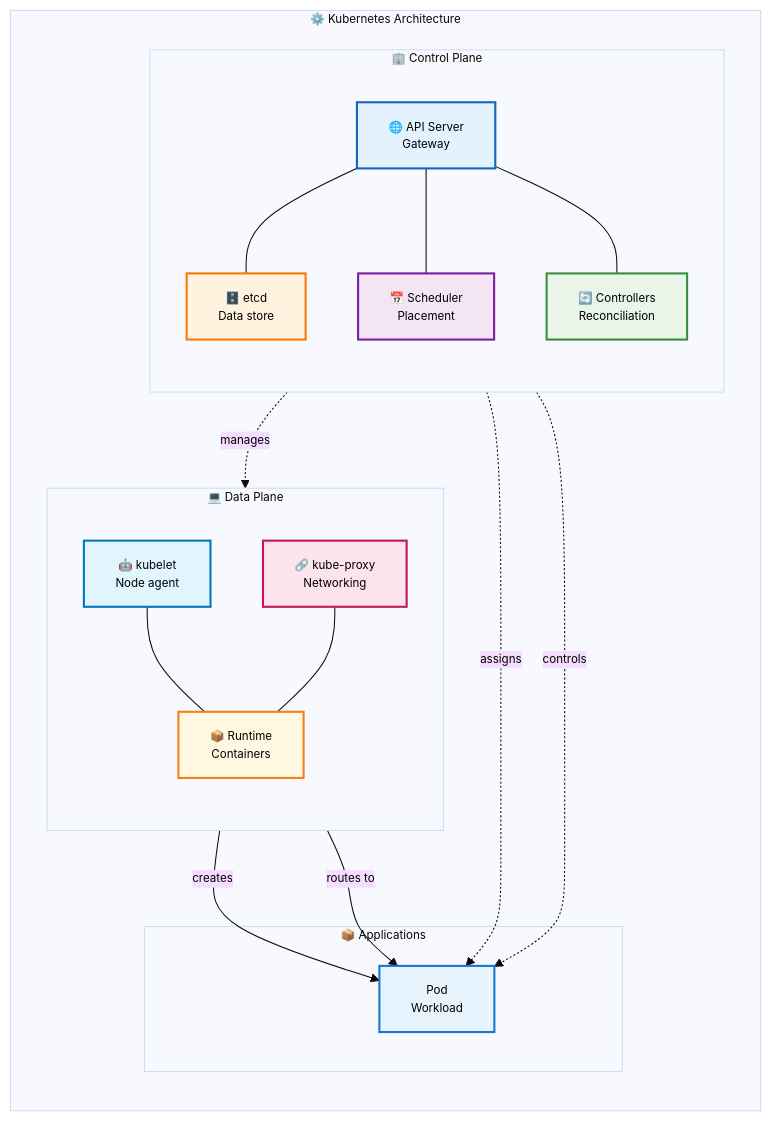
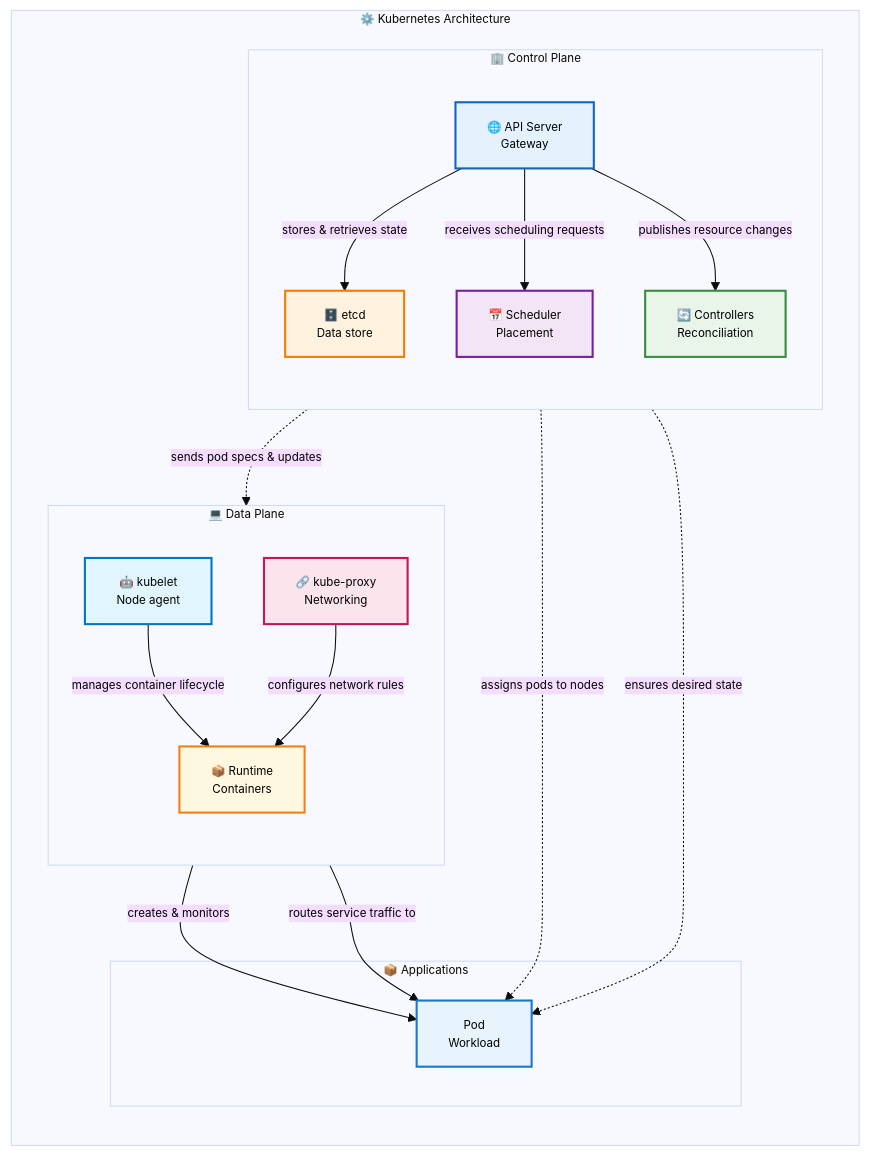
One commit to razkevich/system_design_course changed the diagram in 1.4_distributed_systems/kubernetes_architecture.md. Above: the diagram before and after it, drawn with Mermaid.

Commit message:
exactly once

````diff
--- a/1.4_distributed_systems/kubernetes_architecture.md
+++ b/1.4_distributed_systems/kubernetes_architecture.md
@@ -21,48 +21,48 @@
 ```mermaid
 %%{init: {'theme':'base', 'themeVariables': { 'primaryTextColor': '#000', 'fontSize': '11px'}}}%%
 flowchart LR
     subgraph "⚙️ Kubernetes Architecture"
         
         subgraph CP ["🏢 Control Plane"]
             direction TB
             APIServer["🌐 API Server<br/>Gateway"]
             etcd["🗄️ etcd<br/>Data store"]
             Scheduler["📅 Scheduler<br/>Placement"]
             Controllers["🔄 Controllers<br/>Reconciliation"]
             
-            APIServer --- etcd
-            APIServer --- Scheduler
-            APIServer --- Controllers
+            APIServer -->|"stores & retrieves state"| etcd
+            APIServer -->|"receives scheduling requests"| Scheduler
+            APIServer -->|"publishes resource changes"| Controllers
         end
         
         subgraph DP ["💻 Data Plane"]
             direction TB
             Kubelet["🤖 kubelet<br/>Node agent"]
             KubeProxy["🔗 kube-proxy<br/>Networking"]  
             Runtime["📦 Runtime<br/>Containers"]
             
-            Kubelet --- Runtime
-            KubeProxy --- Runtime
+            Kubelet -->|"manages container lifecycle"| Runtime
+            KubeProxy -->|"configures network rules"| Runtime
         end
         
         subgraph Apps ["📦 Applications"]
             Pod["Pod<br/>Workload"]
         end
         
         %% Cross-plane communication
-        APIServer -.->|"manages"| Kubelet
-        Scheduler -.->|"assigns"| Pod
-        Controllers -.->|"controls"| Pod
-        Kubelet -->|"creates"| Pod
-        KubeProxy -->|"routes to"| Pod
+        APIServer -.->|"sends pod specs & updates"| Kubelet
+        Scheduler -.->|"assigns pods to nodes"| Pod
+        Controllers -.->|"ensures desired state"| Pod
+        Kubelet -->|"creates & monitors"| Pod
+        KubeProxy -->|"routes service traffic to"| Pod
     end
     
     style APIServer fill:#e3f2fd,stroke:#1565c0,stroke-width:2px,color:#000
     style etcd fill:#fff3e0,stroke:#f57c00,stroke-width:2px,color:#000
     style Scheduler fill:#f3e5f5,stroke:#7b1fa2,stroke-width:2px,color:#000
     style Controllers fill:#e8f5e8,stroke:#388e3c,stroke-width:2px,color:#000
     style Kubelet fill:#e1f5fe,stroke:#0277bd,stroke-width:2px,color:#000
     style KubeProxy fill:#fce4ec,stroke:#c2185b,stroke-width:2px,color:#000
     style Runtime fill:#fff8e1,stroke:#f57f17,stroke-width:2px,color:#000
     style Pod fill:#e8f4fd,stroke:#1976d2,stroke-width:2px,color:#000
 ```
````
